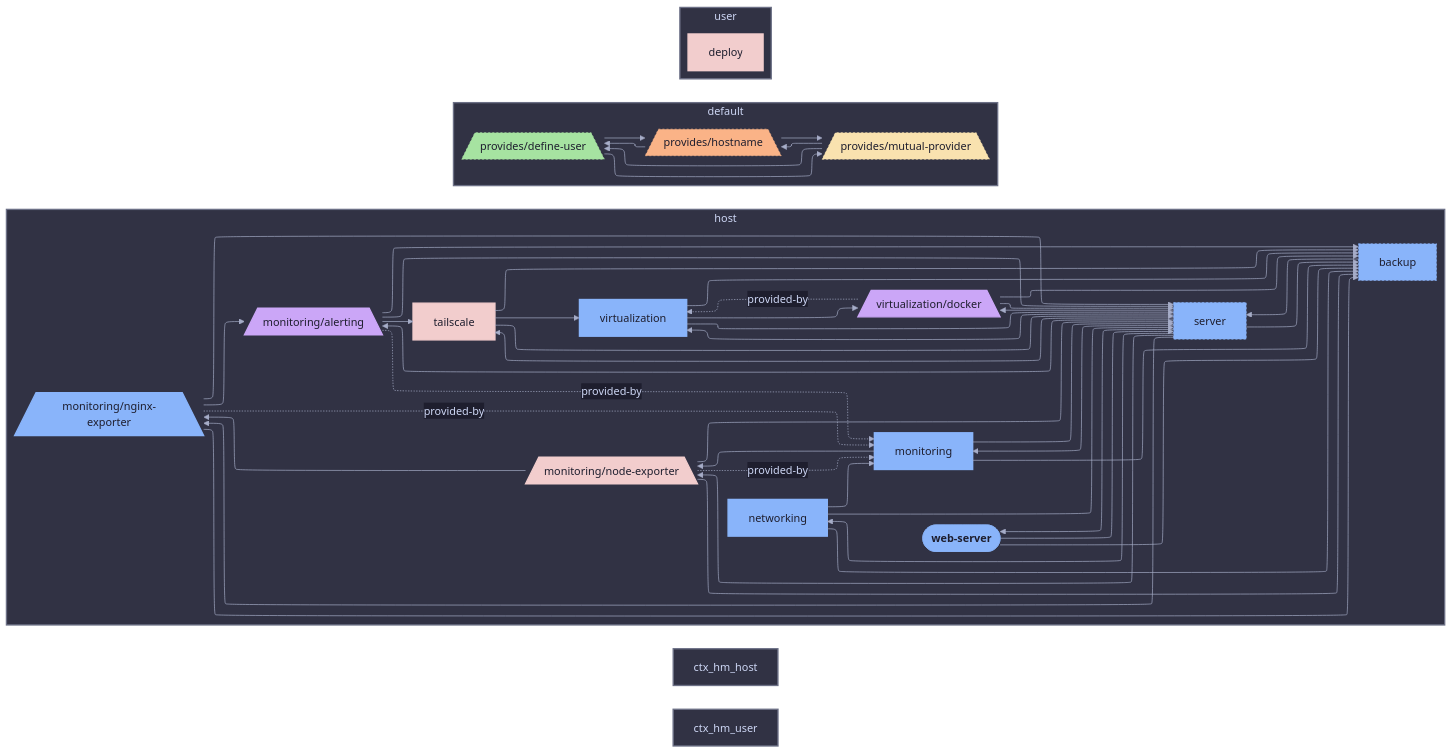
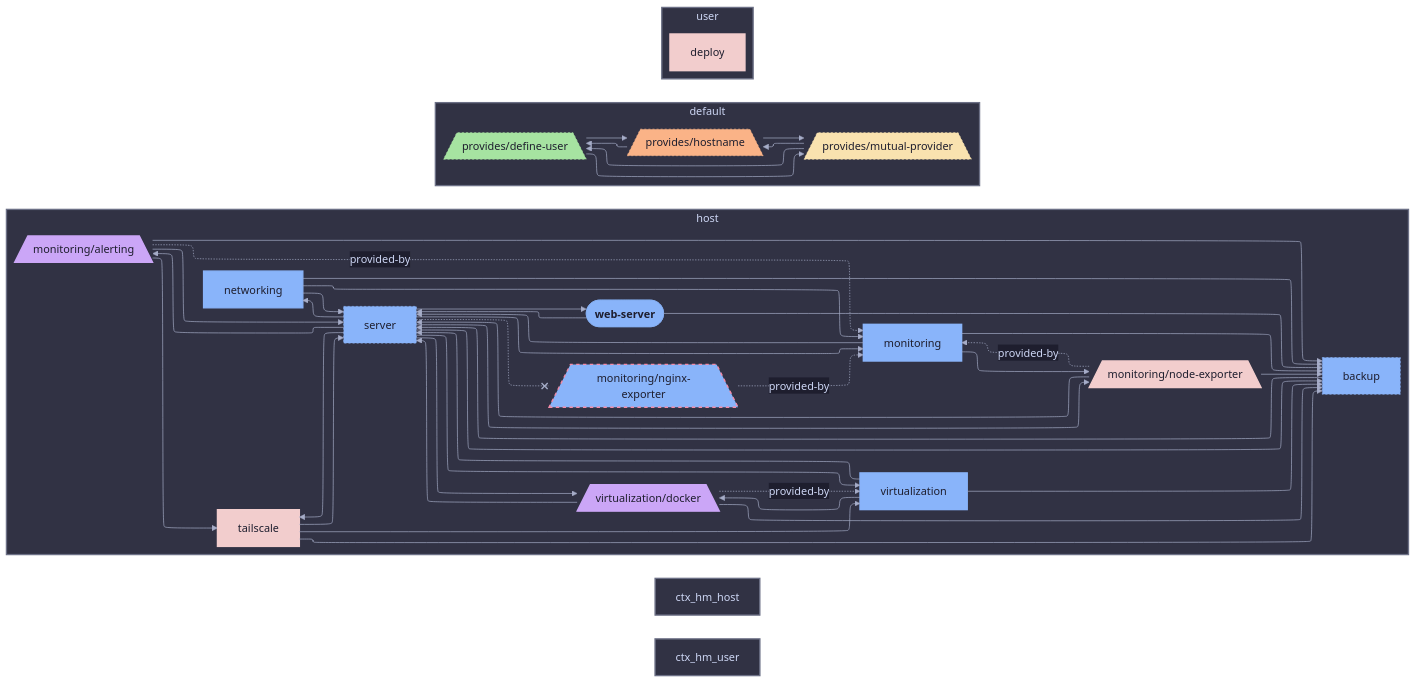
One commit to sini/den changed the diagram in templates/diag-fx-demo/diagrams/web-server-has-aspect-hm.md. Above: the diagram before and after it, drawn with Mermaid. The commit also changed 526 other files, not shown here.

Commit message:
chore: update fx diagrams

```diff
--- a/templates/diag-fx-demo/diagrams/web-server-has-aspect-hm.md
+++ b/templates/diag-fx-demo/diagrams/web-server-has-aspect-hm.md
@@ -21,7 +21,6 @@
   backup --> server
   monitoring --> backup
   monitoring__alerting --> backup
-  monitoring__nginx_exporter --> backup
   monitoring__node_exporter --> backup
   networking --> backup
   server --> backup
@@ -31,7 +30,6 @@
   web_server --> backup
   monitoring --> server
   monitoring__alerting --> server
-  monitoring__nginx_exporter --> server
   monitoring__node_exporter --> server
   networking --> server
   tailscale --> server
@@ -40,14 +38,12 @@
   web_server --> server
   monitoring --> monitoring__node_exporter
   monitoring__alerting --> tailscale
-  monitoring__nginx_exporter --> monitoring__alerting
-  monitoring__node_exporter --> monitoring__nginx_exporter
   networking --> monitoring
   server --> monitoring__alerting
   server --> virtualization__docker
   server --> monitoring
   server --> networking
-  server --> monitoring__nginx_exporter
+  server -.-x monitoring__nginx_exporter
   server --> monitoring__node_exporter
   server --> tailscale
   server --> virtualization
@@ -86,7 +82,7 @@
   classDef monitoring_c fill:#89b4fa,stroke:#89b4fa,color:#1e1e2e,stroke-width:2px
   classDef den__provides__mutual_provider_c fill:#f9e2af,stroke:#f9e2af,color:#1e1e2e,stroke-dasharray: 3 3,stroke-width:1px
   classDef networking_c fill:#89b4fa,stroke:#89b4fa,color:#1e1e2e,stroke-width:2px
-  classDef monitoring__nginx_exporter_c fill:#89b4fa,stroke:#89b4fa,color:#1e1e2e,stroke-width:2px
+  classDef monitoring__nginx_exporter_c fill:#89b4fa,stroke:#f38ba8,color:#1e1e2e,stroke-dasharray: 5 5,stroke-width:2px
   classDef monitoring__node_exporter_c fill:#f2cdcd,stroke:#f2cdcd,color:#1e1e2e,stroke-width:2px
   classDef server_c fill:#89b4fa,stroke:#89b4fa,color:#1e1e2e,stroke-dasharray: 3 3,stroke-width:1px
   classDef tailscale_c fill:#f2cdcd,stroke:#f2cdcd,color:#1e1e2e,stroke-width:2px
```
